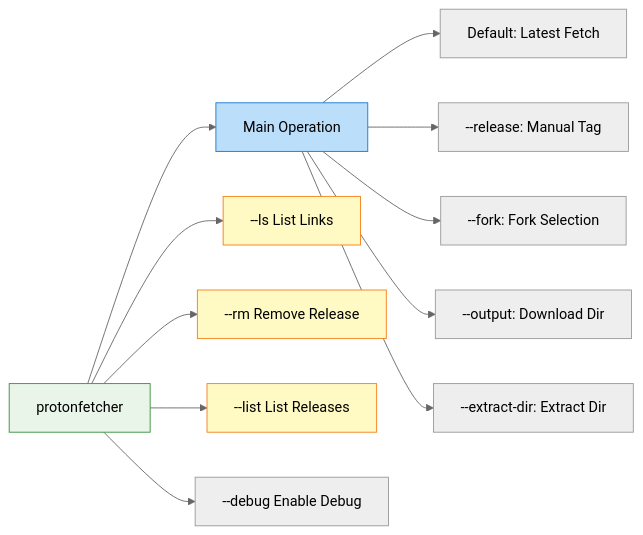
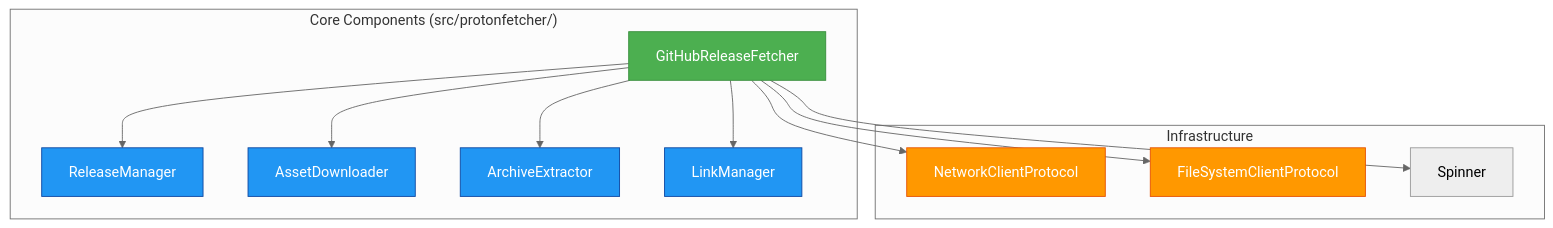
One commit to WombatFromHell/protonge-fetcher changed the diagram in DESIGN.md. Above: the diagram before and after it, drawn with Mermaid (neutral theme). The commit also changed other lines of this file and 1 other file, not shown here.

````diff
--- a/DESIGN.md
+++ b/DESIGN.md
@@ -296,20 +11,27 @@
 ```mermaid
-graph LR
-    A[protonfetcher] --> B[Main Operation]
-    A --> C[--ls List Links]
-    A --> D[--rm Remove Release]
-    A --> E[--list List Releases]
-    A --> F[--debug Enable Debug]
+graph TB
+    subgraph "Core Components (src/protonfetcher/)"
+        A[GitHubReleaseFetcher] --> B[ReleaseManager]
+        A --> C[AssetDownloader]
+        A --> D[ArchiveExtractor]
+        A --> E[LinkManager]
+    end
 
-    B --> B1[Default: Latest Fetch]
-    B --> B2[--release: Manual Tag]
-    B --> B3[--fork: Fork Selection]
-    B --> B4[--output: Download Dir]
-    B --> B5[--extract-dir: Extract Dir]
+    subgraph "Infrastructure"
+        F[NetworkClientProtocol]
+        G[FileSystemClientProtocol]
+        H[Spinner]
+    end
 
-    style A fill:#E8F5E8,stroke:#388E3C,color:#000
-    style C fill:#FFF9C4,stroke:#F57F17,color:#000
-    style D fill:#FFF9C4,stroke:#F57F17,color:#000
-    style E fill:#FFF9C4,stroke:#F57F17,color:#000
-    style B fill:#BBDEFB,stroke:#1976D2,color:#000
+    A --> F
+    A --> G
+    A --> H
+
+    style A fill:#4CAF50,stroke:#388E3C,color:#fff
+    style B fill:#2196F3,stroke:#0D47A1,color:#fff
+    style C fill:#2196F3,stroke:#0D47A1,color:#fff
+    style D fill:#2196F3,stroke:#0D47A1,color:#fff
+    style E fill:#2196F3,stroke:#0D47A1,color:#fff
+    style F fill:#FF9800,stroke:#E65100,color:#fff
+    style G fill:#FF9800,stroke:#E65100,color:#fff
 ```
````
